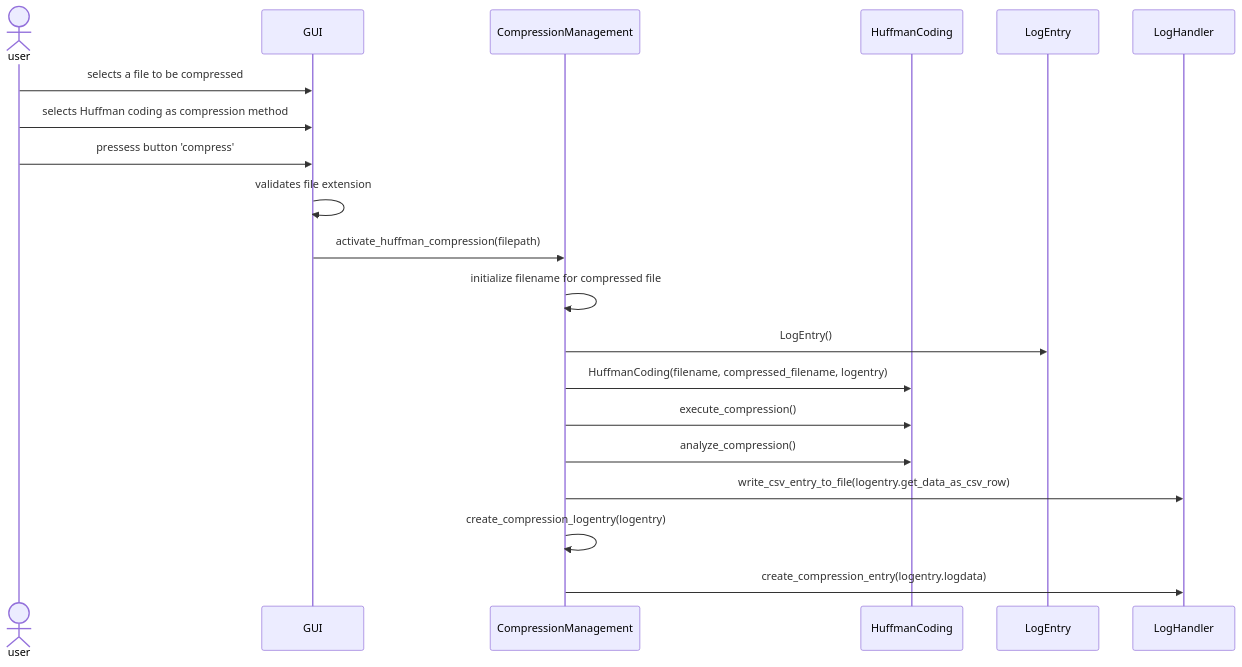
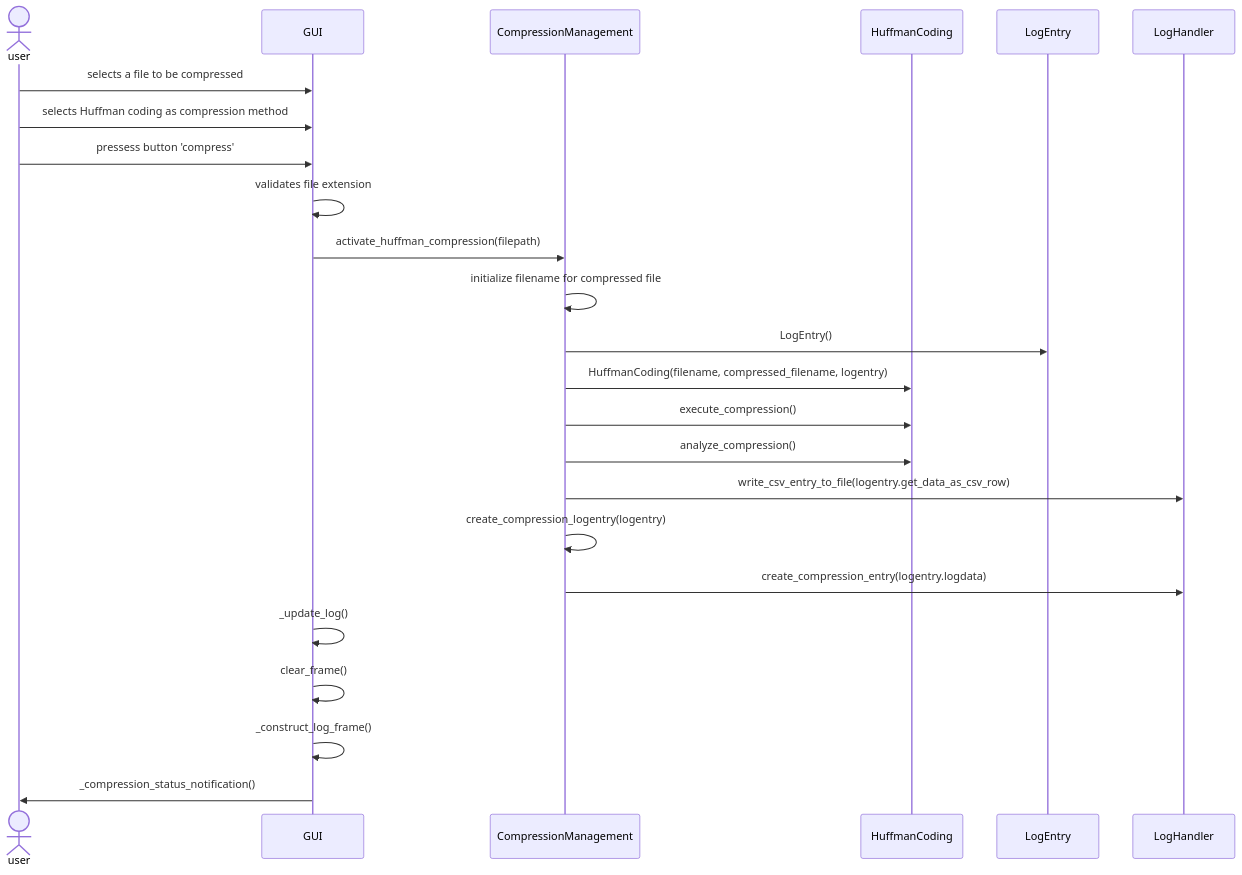
The second of 3 diagrams in documentation/architecture.md (heidi-holappa/tira-labra-2022), drawn with Mermaid before and after one commit. The commit also changed 2 other files, not shown here.

````diff
--- a/documentation/architecture.md
+++ b/documentation/architecture.md
@@ -49,22 +49,26 @@
 ```mermaid
 sequenceDiagram
 actor user
 participant GUI
 participant CompressionManagement
 participant HuffmanCoding
 participant LogEntry
 participant LogHandler
 user ->> GUI: selects a file to be compressed
 user ->> GUI: selects Huffman coding as compression method
 user ->> GUI: pressess button 'compress'
 GUI ->> GUI: validates file extension
 GUI ->> CompressionManagement: activate_huffman_compression(filepath)
 CompressionManagement ->> CompressionManagement: initialize filename for compressed file
 CompressionManagement ->> LogEntry: LogEntry()
 CompressionManagement ->> HuffmanCoding: HuffmanCoding(filename, compressed_filename, logentry)
 CompressionManagement ->> HuffmanCoding: execute_compression()
 CompressionManagement ->> HuffmanCoding: analyze_compression()
 CompressionManagement ->> LogHandler: write_csv_entry_to_file(logentry.get_data_as_csv_row)
 CompressionManagement ->> CompressionManagement: create_compression_logentry(logentry)
 CompressionManagement ->> LogHandler: create_compression_entry(logentry.logdata)
+GUI ->> GUI: _update_log()
+GUI ->> GUI: clear_frame()
+GUI ->> GUI: _construct_log_frame()
+GUI ->> user: _compression_status_notification()
 ```
````
